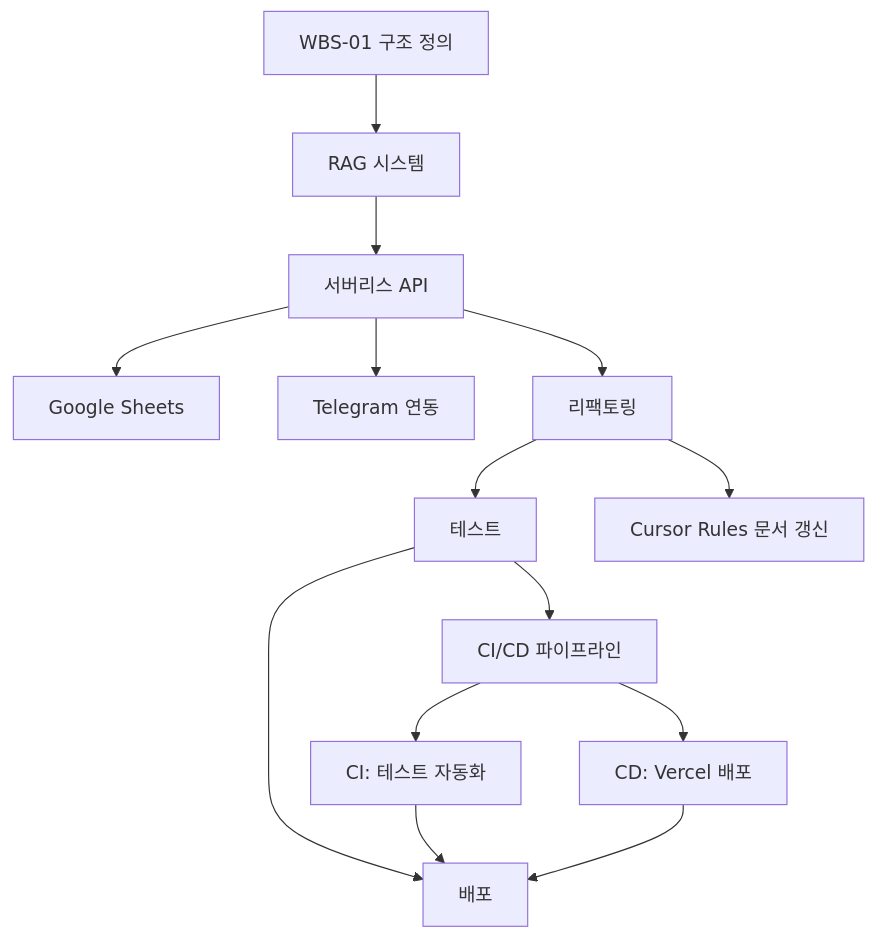
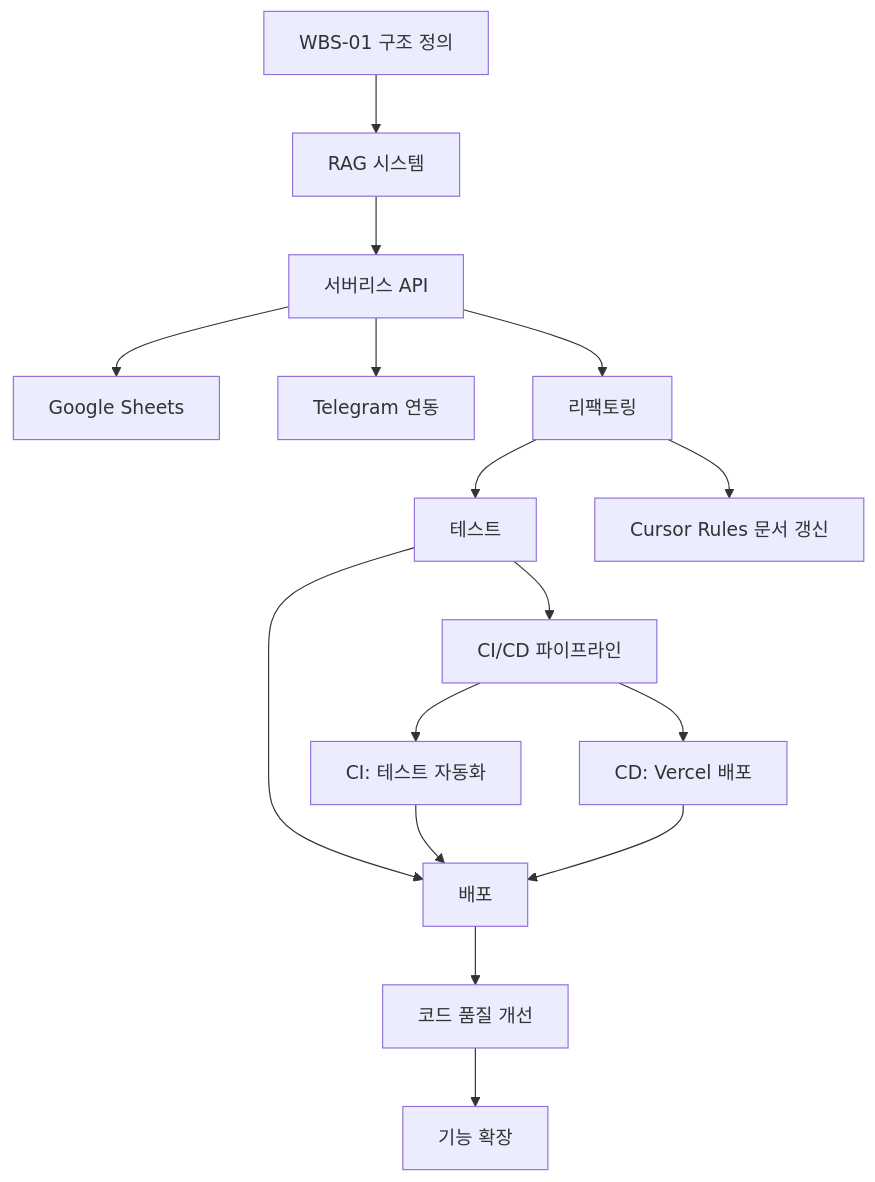
One commit to bzjay53/keywordpulse changed the diagram in Docs/libwys_Keywordpulse Wbs Plan.md. Above: the diagram before and after it, drawn with Mermaid. The commit also changed other lines of this file and 6 other files, not shown here.

````diff
--- a/Docs/libwys_Keywordpulse Wbs Plan.md
+++ b/Docs/libwys_Keywordpulse Wbs Plan.md
@@ -37,14 +38,16 @@
 ```mermaid
 graph TD
   A[WBS-01 구조 정의] --> B[RAG 시스템]
   B --> C[서버리스 API]
   C --> D1[Google Sheets]
   C --> D2[Telegram 연동]
   C --> E[리팩토링] --> F[테스트] --> G[배포]
   E --> H[Cursor Rules 문서 갱신]
   F --> I[CI/CD 파이프라인]
   I --> I1[CI: 테스트 자동화]
   I --> I2[CD: Vercel 배포]
   I1 --> G
   I2 --> G
+  G --> J[코드 품질 개선]
+  J --> K[기능 확장]
 ```
````
